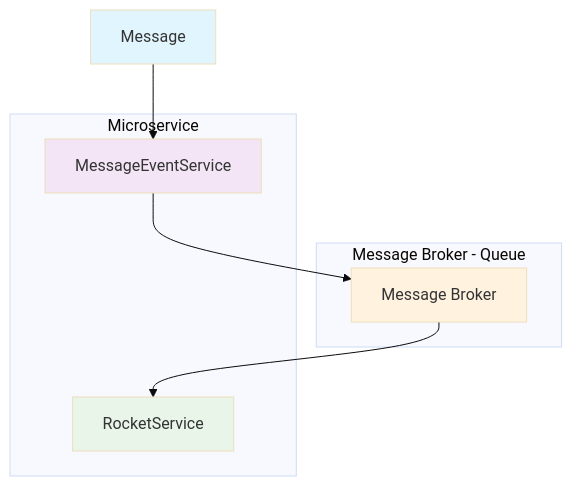
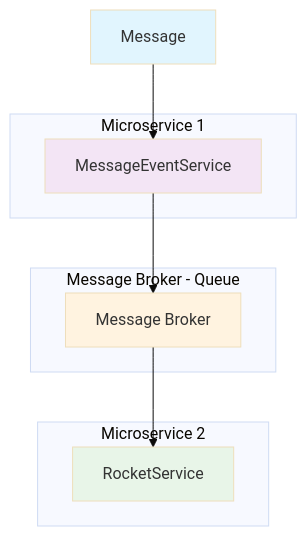
Before and after one commit to cmendez-parser/lunar-rockets: the second of 2 diagrams in Technical.md, drawn with Mermaid (base theme).

Commit message:
Technical details

````diff
--- a/Technical.md
+++ b/Technical.md
@@ -60,23 +60,23 @@
 ```mermaid
 graph TD
     A[Message] --> B[MessageEventService]
     B --> C[Message Broker]
     C --> D[RocketService]
     
-    subgraph "Microservice"
+    subgraph "Microservice 1"
         B
     end
     
     subgraph "Message Broker - Queue"
         C
     end
     
-    subgraph "Microservice"
+    subgraph "Microservice 2"
         D
     end
     
     style A fill:#e1f5fe
     style B fill:#f3e5f5
     style C fill:#fff3e0
     style D fill:#e8f5e8
 ```
````
